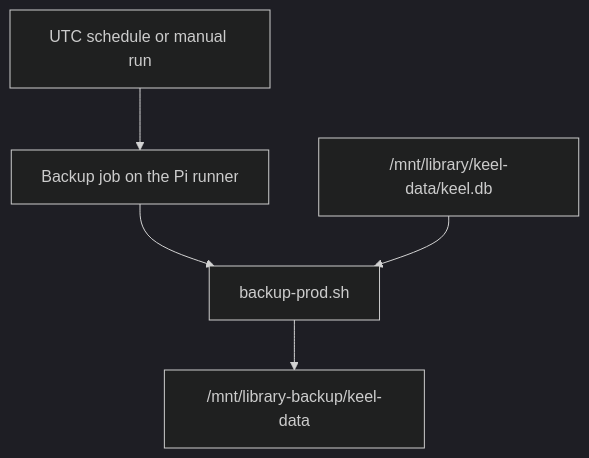
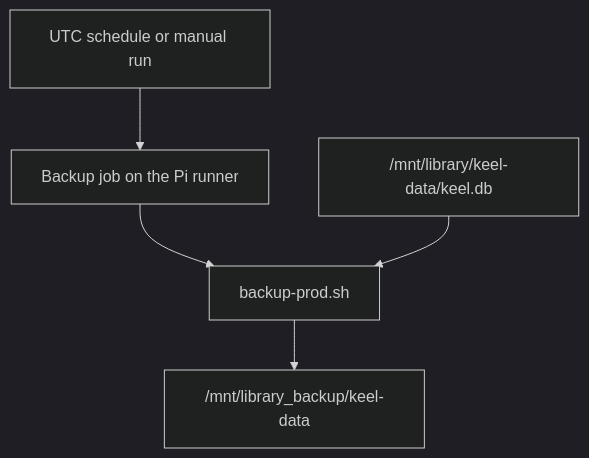
Before and after one commit to Mathotics/Keel: the diagram in docs/adr/scheduled-database-backups.md, drawn with Mermaid (dark theme). The commit also changed other lines of this file and 2 other files, not shown here.

Commit message:
Fixed bug in backup workflow script

````diff
--- a/docs/adr/scheduled-database-backups.md
+++ b/docs/adr/scheduled-database-backups.md
@@ -74,11 +74,11 @@
 ```mermaid
 flowchart TD
   clock[UTC schedule or manual run]
   job[Backup job on the Pi runner]
   script[backup-prod.sh]
   live["/mnt/library/keel-data/keel.db"]
-  mount["/mnt/library-backup/keel-data"]
+  mount["/mnt/library_backup/keel-data"]
   clock --> job --> script
   live --> script
   script --> mount
 ```
````
